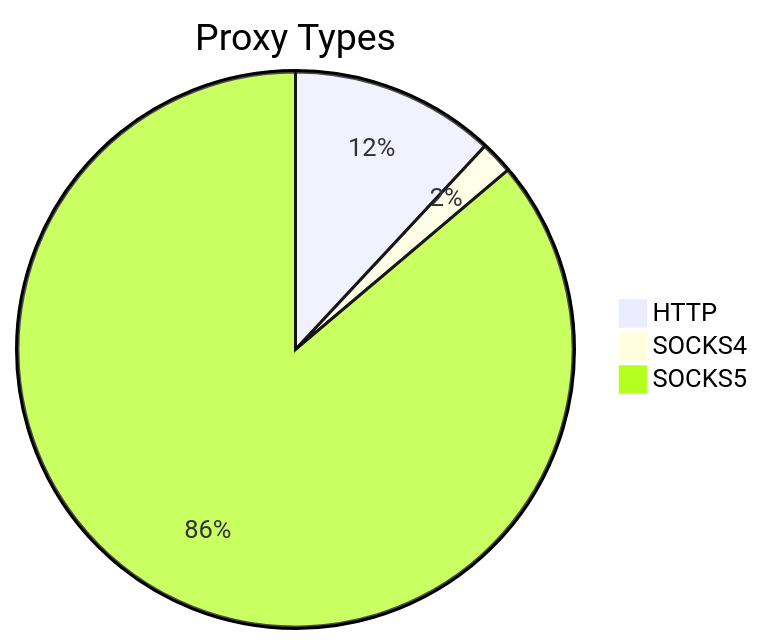
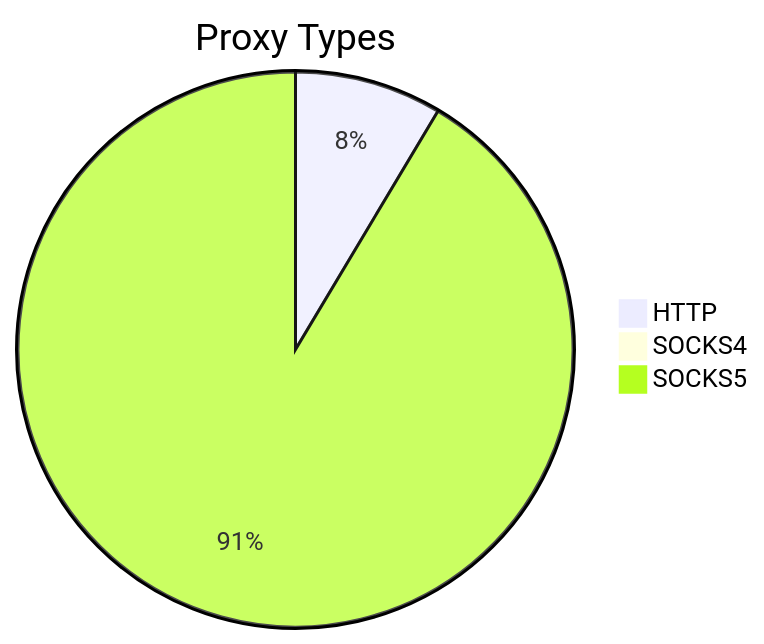
Before and after one commit to stormsia/proxy-list: the first of 2 diagrams in README.md, drawn with Mermaid. The commit also changed other lines of this file, not shown here.

````diff
--- a/README.md
+++ b/README.md
@@ -21,6 +21,6 @@
 ```mermaid
 pie title Proxy Types
-    "HTTP" : 257
-    "SOCKS4" : 41
-    "SOCKS5" : 1856
+    "HTTP" : 192
+    "SOCKS4" : 20
+    "SOCKS5" : 2047
 ```
````
